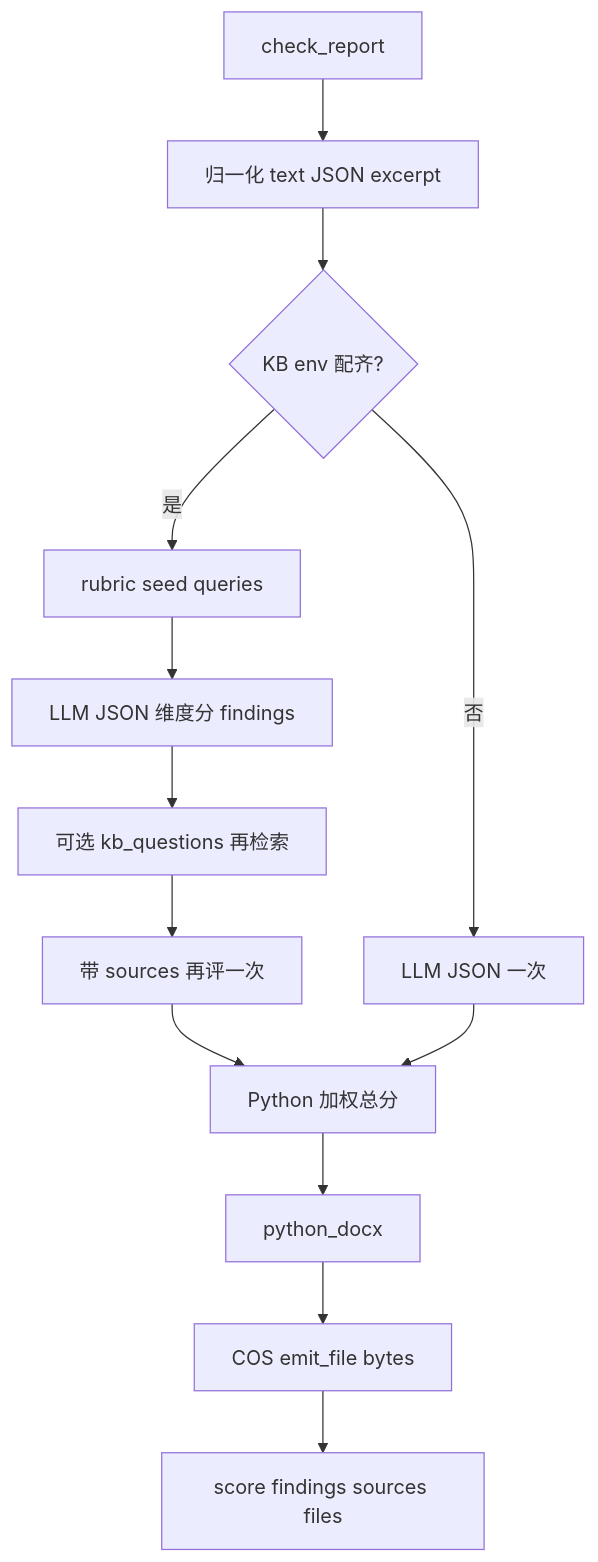
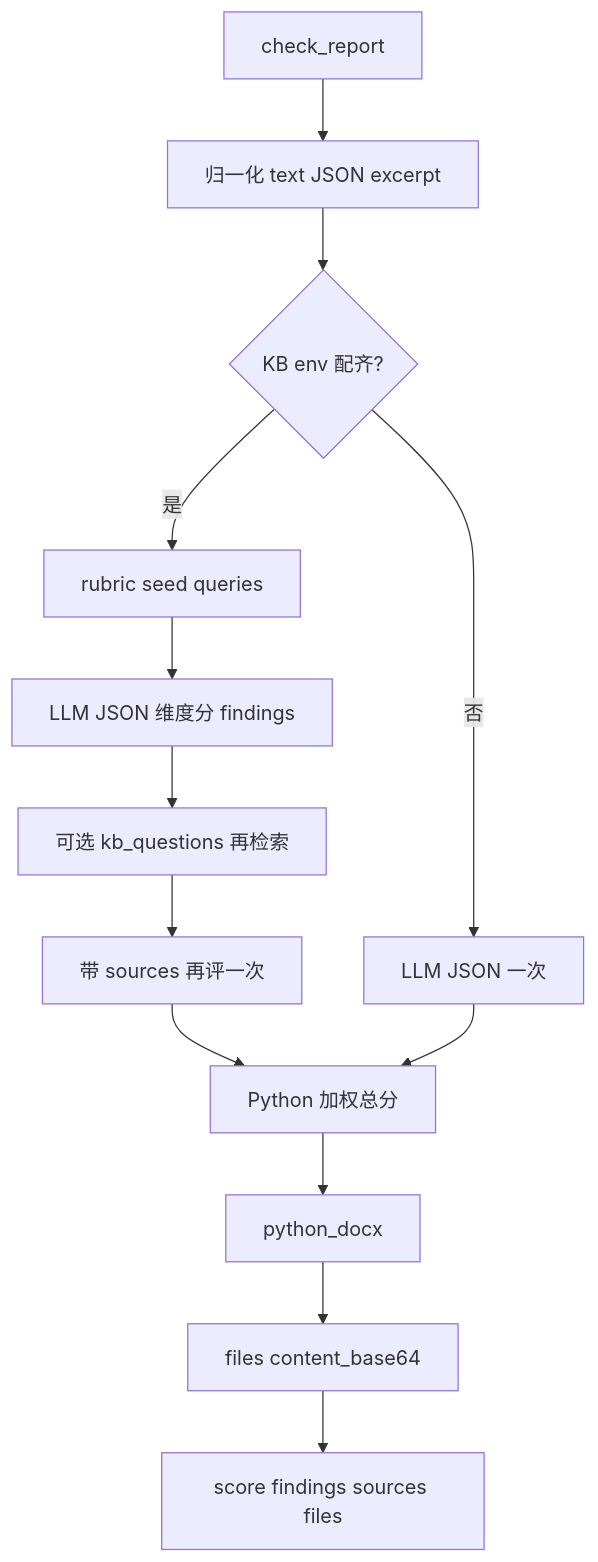
One commit to ldystudy0913-jpg/sleuth changed the second of 5 diagrams in docs/AGENT_SCENARIOS.md. Above: the diagram before and after it, drawn with Mermaid. The commit also changed other lines of this file and 44 other files, not shown here.

````diff
--- a/docs/AGENT_SCENARIOS.md
+++ b/docs/AGENT_SCENARIOS.md
@@ -67,15 +67,15 @@
 ```mermaid
 flowchart TD
   MCP[check_report] --> norm[归一化 text JSON excerpt]
   norm --> kbGate{KB env 配齐?}
   kbGate -->|是| seed[rubric seed queries]
   seed --> llm1[LLM JSON 维度分 findings]
   llm1 --> extra[可选 kb_questions 再检索]
   extra --> llm2[带 sources 再评一次]
   kbGate -->|否| llm1b[LLM JSON 一次]
   llm2 --> score[Python 加权总分]
   llm1b --> score
   score --> docx[python_docx]
-  docx --> emit[COS emit_file bytes]
+  docx --> emit[files content_base64]
   emit --> out[score findings sources files]
 ```
````
